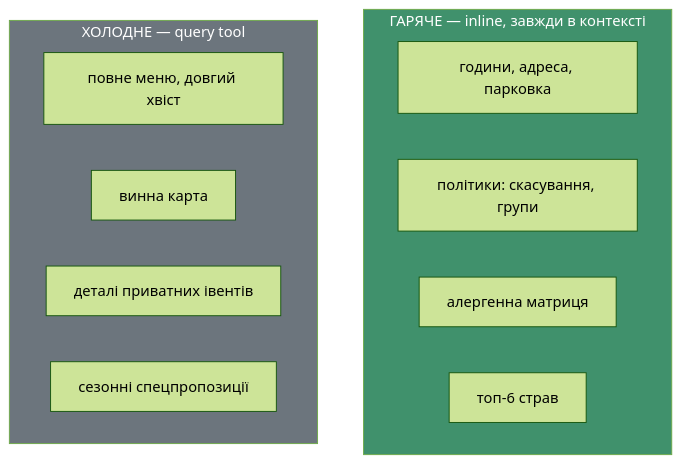
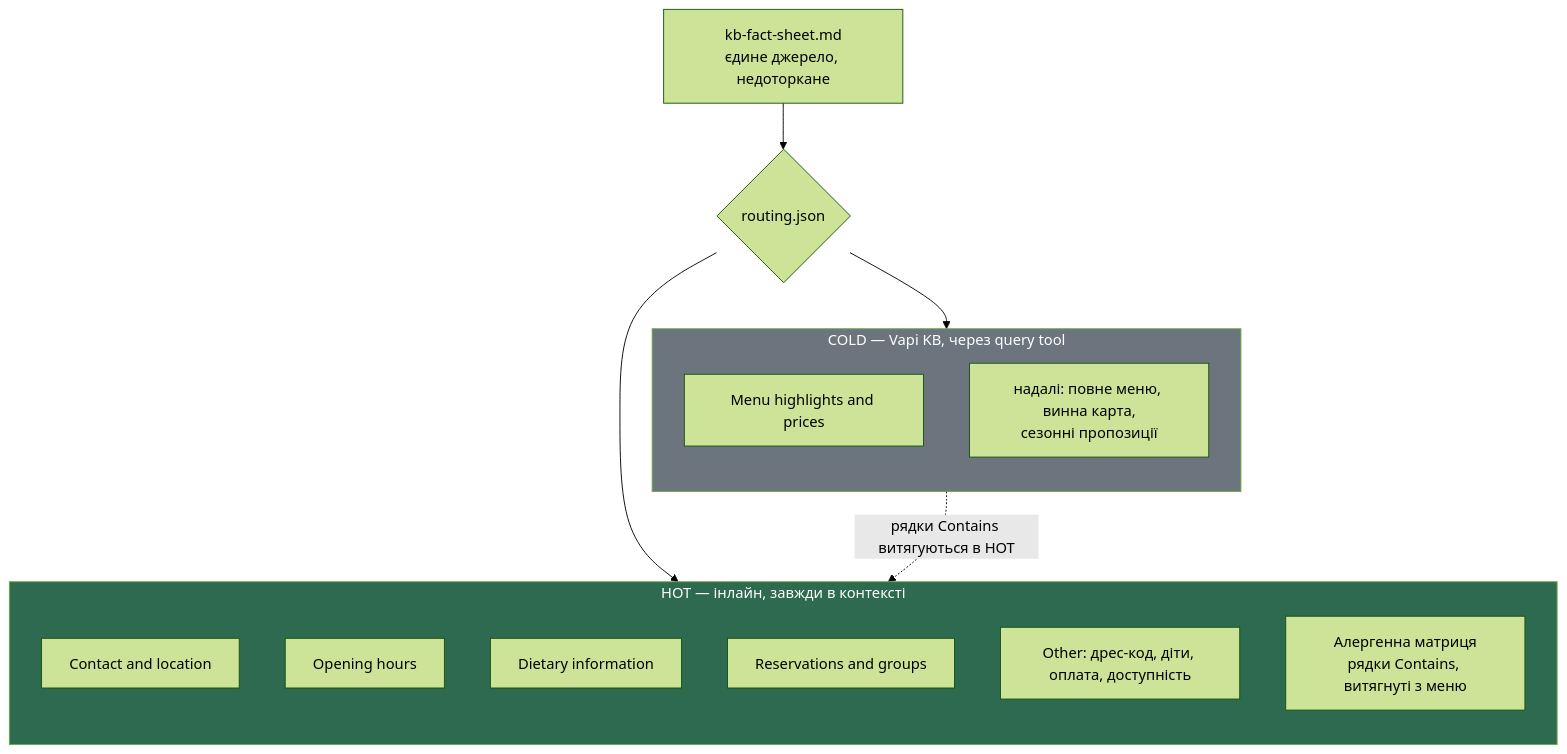
One commit to Dmitriymush/lemongrass-voice-agent changed the diagram in docs/diagrams/07-hot-cold-split.mmd. Above: the diagram before and after it, drawn with Mermaid (forest theme). The commit also changed 15 other files, not shown here.

First line of the commit message:
Supersede ADR-001: move from inline grounding to a hot/cold hybrid

```diff
--- a/docs/diagrams/07-hot-cold-split.mmd
+++ b/docs/diagrams/07-hot-cold-split.mmd
@@ -1,17 +1,26 @@
 flowchart TB
-    subgraph HOT["ГАРЯЧЕ — inline, завжди в контексті"]
-        H1["години, адреса, парковка"]
-        H2["політики: скасування, групи"]
-        H3["алергенна матриця"]
-        H4["топ-6 страв"]
+    SRC["kb-fact-sheet.md<br/>єдине джерело, недоторкане"]
+    SRC --> R{"routing.json"}
+
+    subgraph HOT["HOT — інлайн, завжди в контексті"]
+        direction TB
+        H1["Contact and location"]
+        H2["Opening hours"]
+        H3["Dietary information"]
+        H4["Reservations and groups"]
+        H5["Other: дрес-код, діти, оплата, доступність"]
+        H6["Алергенна матриця<br/>рядки Contains, витягнуті з меню"]
     end
 
-    subgraph COLD["ХОЛОДНЕ — query tool"]
-        C1["повне меню, довгий хвіст"]
-        C2["винна карта"]
-        C3["деталі приватних івентів"]
-        C4["сезонні спецпропозиції"]
+    subgraph COLD["COLD — Vapi KB, через query tool"]
+        direction TB
+        C1["Menu highlights and prices"]
+        C2["надалі: повне меню, винна карта,<br/>сезонні пропозиції"]
     end
 
-    style HOT fill:#40916c,color:#fff
+    R --> HOT
+    R --> COLD
+    COLD -.->|"рядки Contains витягуються в HOT"| H6
+
+    style HOT fill:#2d6a4f,color:#fff
     style COLD fill:#6c757d,color:#fff
```
